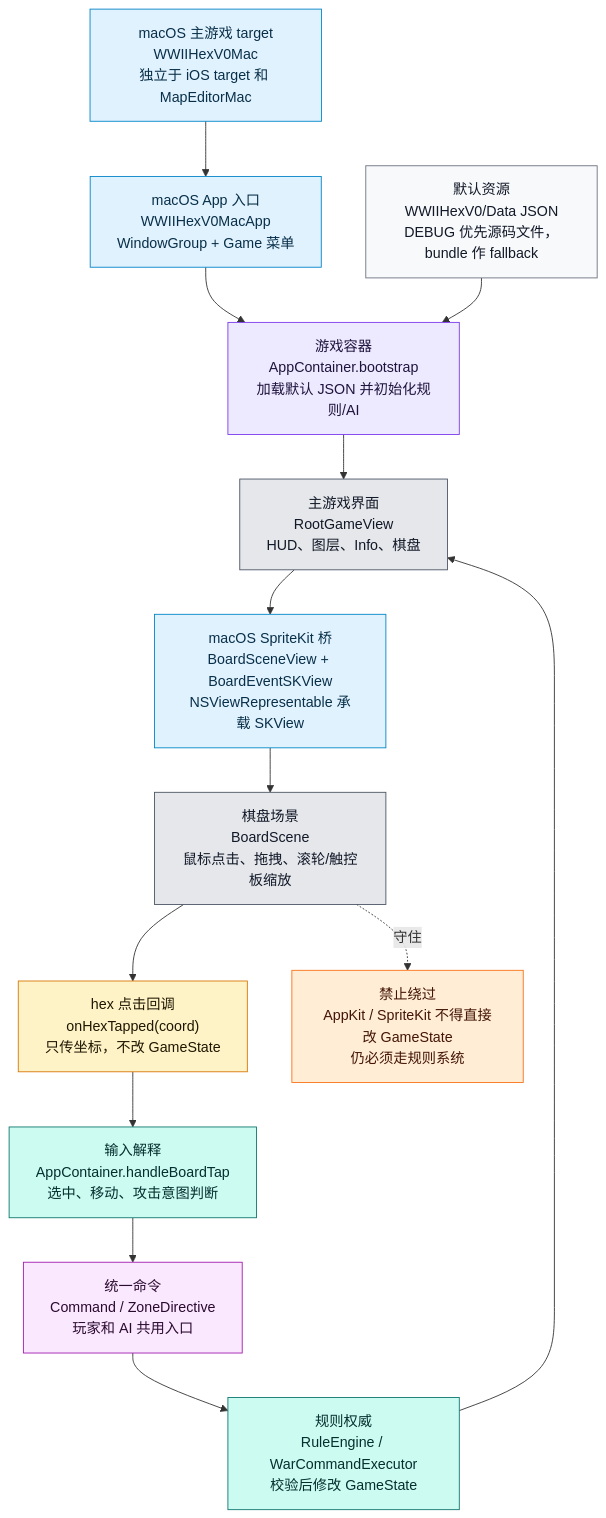
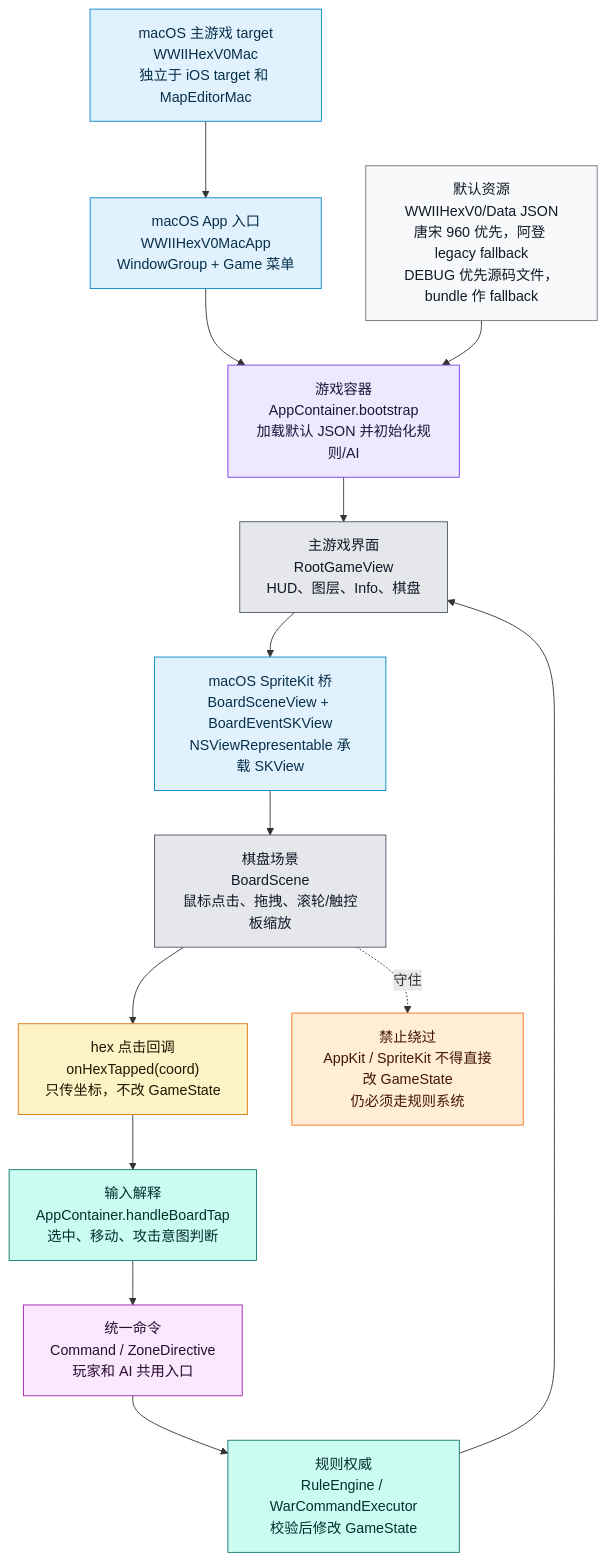
Before and after one commit to Altman-sam114/125: the sixth of 9 diagrams in md/flow/flowchart.md, drawn with Mermaid. The commit also changed other lines of this file and 17 other files, not shown here.

````diff
--- a/md/flow/flowchart.md
+++ b/md/flow/flowchart.md
@@ -326,30 +326,30 @@
 ```mermaid
 flowchart TD
     TARGET["macOS 主游戏 target<br/>WWIIHexV0Mac<br/>独立于 iOS target 和 MapEditorMac"]:::platform
     APP["macOS App 入口<br/>WWIIHexV0MacApp<br/>WindowGroup + Game 菜单"]:::platform
     BOOT["游戏容器<br/>AppContainer.bootstrap<br/>加载默认 JSON 并初始化规则/AI"]:::state
     ROOT["主游戏界面<br/>RootGameView<br/>HUD、图层、Info、棋盘"]:::ui
     BRIDGE["macOS SpriteKit 桥<br/>BoardSceneView + BoardEventSKView<br/>NSViewRepresentable 承载 SKView"]:::platform
     SCENE["棋盘场景<br/>BoardScene<br/>鼠标点击、拖拽、滚轮/触控板缩放"]:::ui
     TAP["hex 点击回调<br/>onHexTapped(coord)<br/>只传坐标，不改 GameState"]:::input
     CONTAINER["输入解释<br/>AppContainer.handleBoardTap<br/>选中、移动、攻击意图判断"]:::rules
     COMMAND["统一命令<br/>Command / ZoneDirective<br/>玩家和 AI 共用入口"]:::command
     ENGINE["规则权威<br/>RuleEngine / WarCommandExecutor<br/>校验后修改 GameState"]:::rules
-    DATA["默认资源<br/>WWIIHexV0/Data JSON<br/>DEBUG 优先源码文件，bundle 作 fallback"]:::data
+    DATA["默认资源<br/>WWIIHexV0/Data JSON<br/>唐宋 960 优先，阿登 legacy fallback<br/>DEBUG 优先源码文件，bundle 作 fallback"]:::data
 
     TARGET --> APP --> BOOT --> ROOT --> BRIDGE --> SCENE --> TAP --> CONTAINER --> COMMAND --> ENGINE
     DATA --> BOOT
     ENGINE --> ROOT
 
     WARN["禁止绕过<br/>AppKit / SpriteKit 不得直接改 GameState<br/>仍必须走规则系统"]:::warn
     SCENE -.守住.-> WARN
 
     classDef platform fill:#e0f2fe,stroke:#0284c7,color:#082f49
     classDef state fill:#ede9fe,stroke:#7c3aed,color:#1f143d
     classDef ui fill:#e5e7eb,stroke:#4b5563,color:#111827
     classDef input fill:#fef3c7,stroke:#d97706,color:#1f1600
     classDef command fill:#fae8ff,stroke:#a21caf,color:#2a0a2f
     classDef rules fill:#ccfbf1,stroke:#0f766e,color:#042f2e
     classDef data fill:#f8f9fb,stroke:#6b7280,color:#111827
     classDef warn fill:#ffedd5,stroke:#f97316,color:#431407
 ```
````
